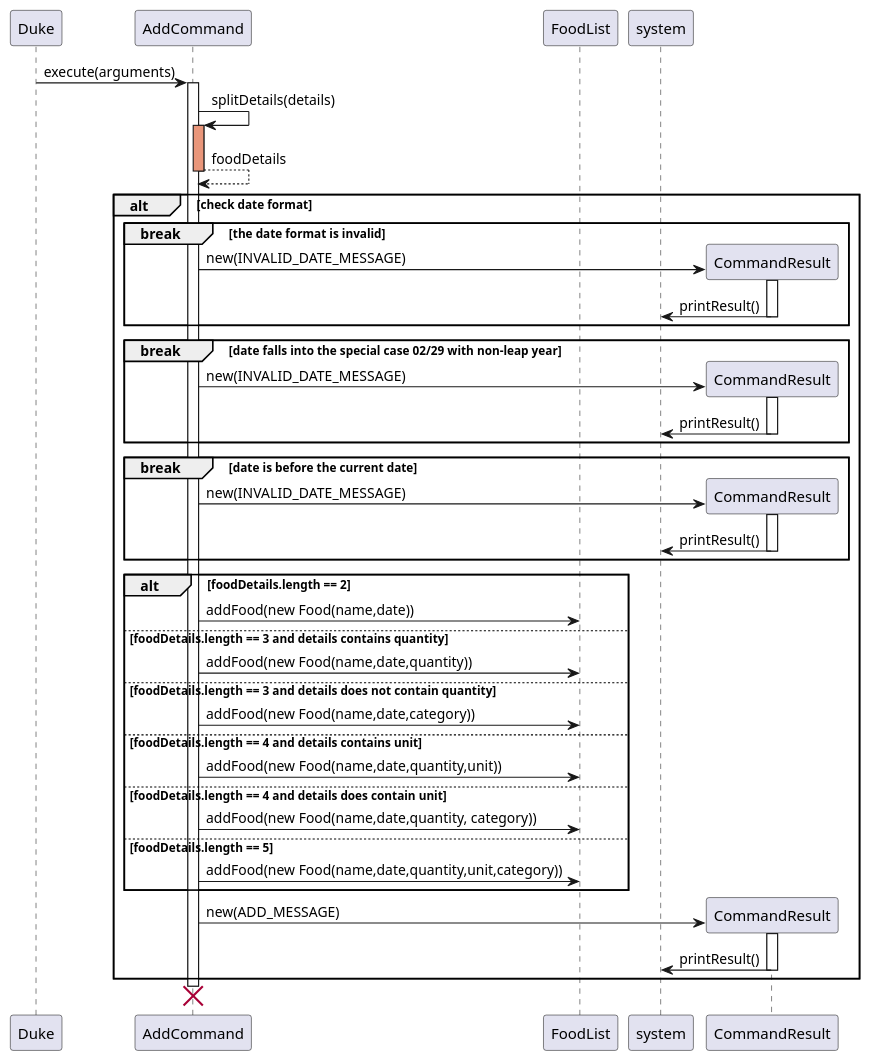
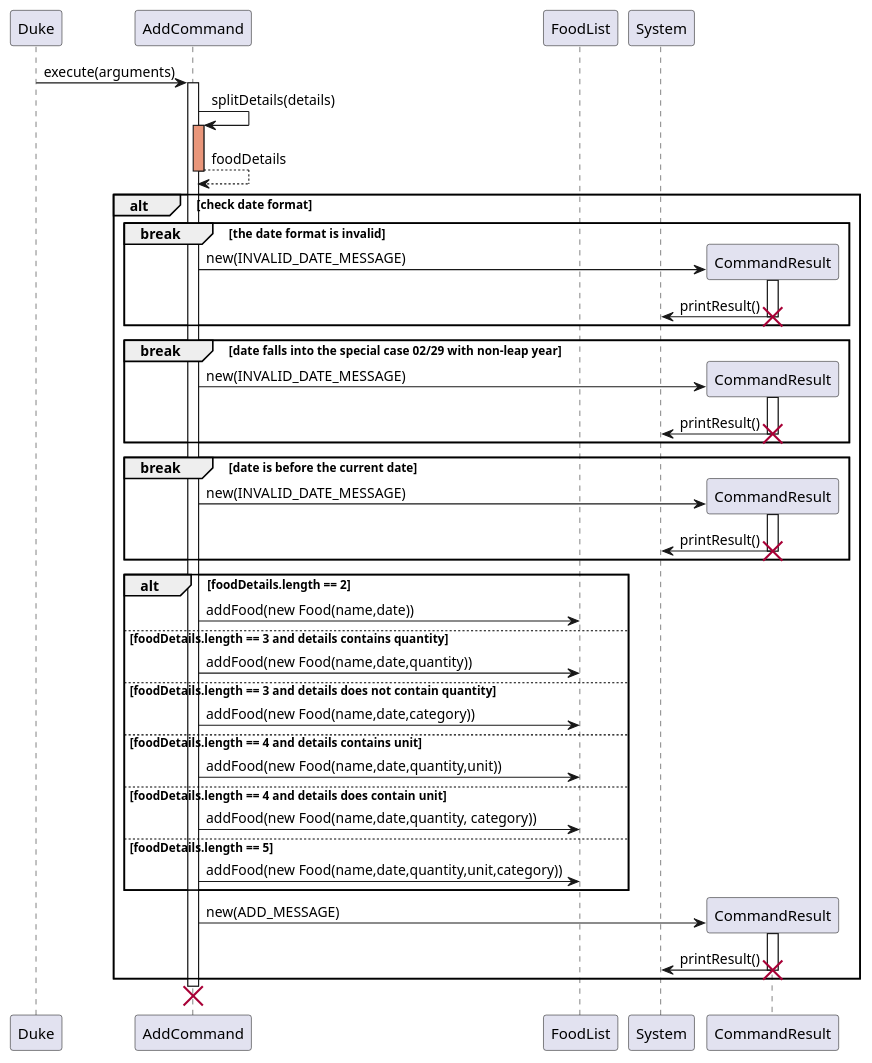
The diagram in docs/puml/AddCommandSequenceDiagram.puml (tsx0314/tp), drawn with PlantUML before and after one commit. The commit also changed 2 other files, not shown here.

Commit message:
Update AddCommande sequence diagram

```diff
--- a/docs/puml/AddCommandSequenceDiagram.puml
+++ b/docs/puml/AddCommandSequenceDiagram.puml
@@ -1,73 +1,72 @@
 @startuml
 'https://plantuml.com/sequence-diagram
 
 participant Duke
 participant AddCommand
 participant FoodList as foodList
 
 Duke -> AddCommand: execute(arguments)
 activate AddCommand
 AddCommand -> AddCommand: splitDetails(details)
 activate AddCommand #DarkSalmon
 AddCommand --> AddCommand: foodDetails
 deactivate
 
 alt check date format
 break the date format is invalid
 create CommandResult
 AddCommand -> CommandResult: new(INVALID_DATE_MESSAGE)
 activate CommandResult
-CommandResult -> system: printResult()
+CommandResult -> System: printResult()
 deactivate
+destroy CommandResult
 end
 
 break date falls into the special case 02/29 with non-leap year
 create CommandResult
 AddCommand -> CommandResult: new(INVALID_DATE_MESSAGE)
 activate CommandResult
-CommandResult -> system: printResult()
+CommandResult -> System: printResult()
 deactivate
+destroy CommandResult
 
 end
 
 activate AddCommand
 break date is before the current date
 create CommandResult
 AddCommand -> CommandResult: new(INVALID_DATE_MESSAGE)
 activate CommandResult
-CommandResult -> system: printResult()
+CommandResult -> System: printResult()
 deactivate
+destroy CommandResult
 end
 
 activate AddCommand
 alt foodDetails.length == 2
 foodList <- AddCommand: addFood(new Food(name,date))
 
 else foodDetails.length == 3 and details contains quantity
 foodList <- AddCommand: addFood(new Food(name,date,quantity))
 else foodDetails.length == 3 and details does not contain quantity
 foodList <- AddCommand: addFood(new Food(name,date,category))
 else foodDetails.length == 4 and details contains unit
 foodList <- AddCommand: addFood(new Food(name,date,quantity,unit))
 else foodDetails.length == 4 and details does contain unit
 foodList <- AddCommand: addFood(new Food(name,date,quantity, category))
 else foodDetails.length == 5
 foodList <- AddCommand: addFood(new Food(name,date,quantity,unit,category))
 end
 participant CommandResult
 create CommandResult
 AddCommand -> CommandResult: new(ADD_MESSAGE)
 activate CommandResult
-CommandResult -> system: printResult()
+CommandResult -> System: printResult()
 deactivate
-
-
+destroy CommandResult
 
 end
-
-
-
 
 destroy AddCommand
 
 @enduml
```
